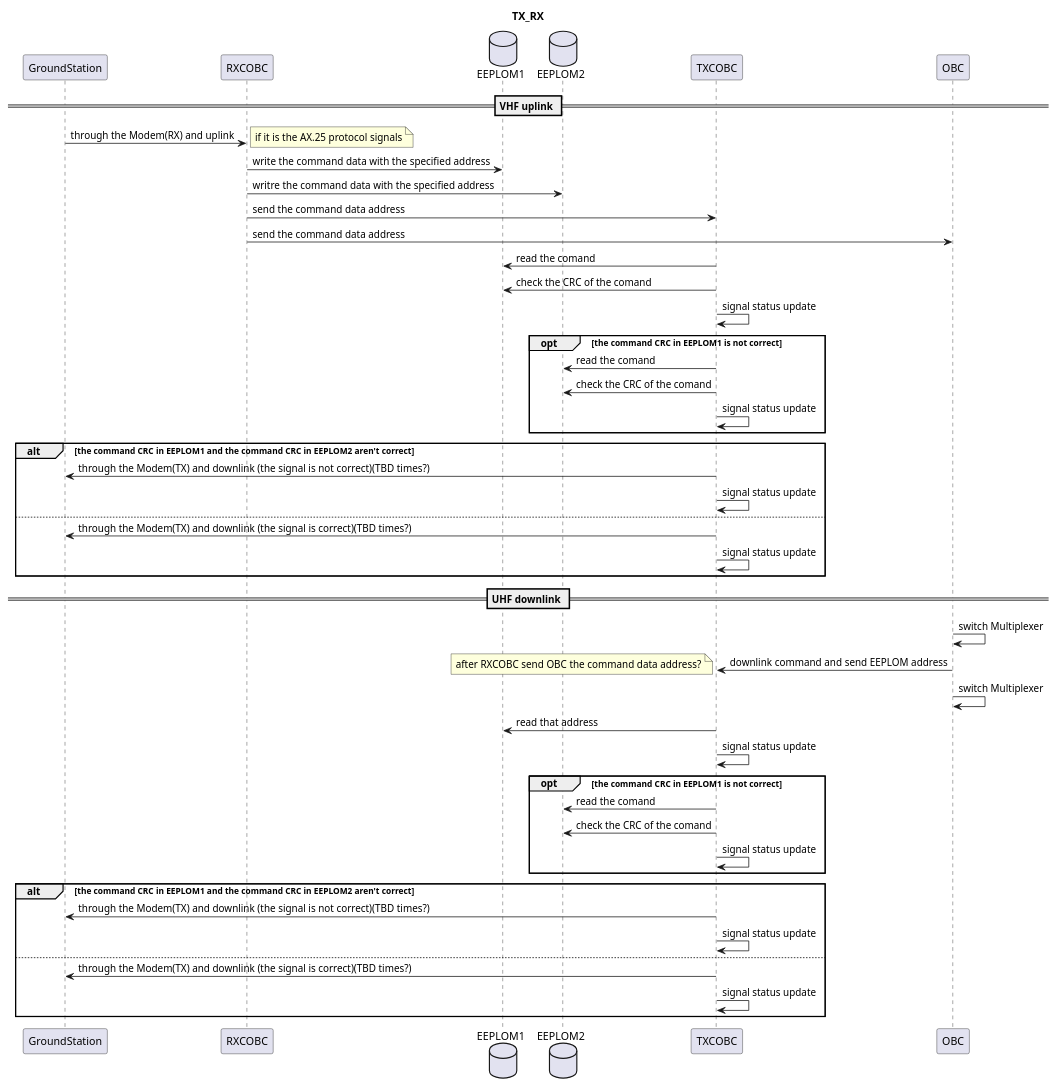
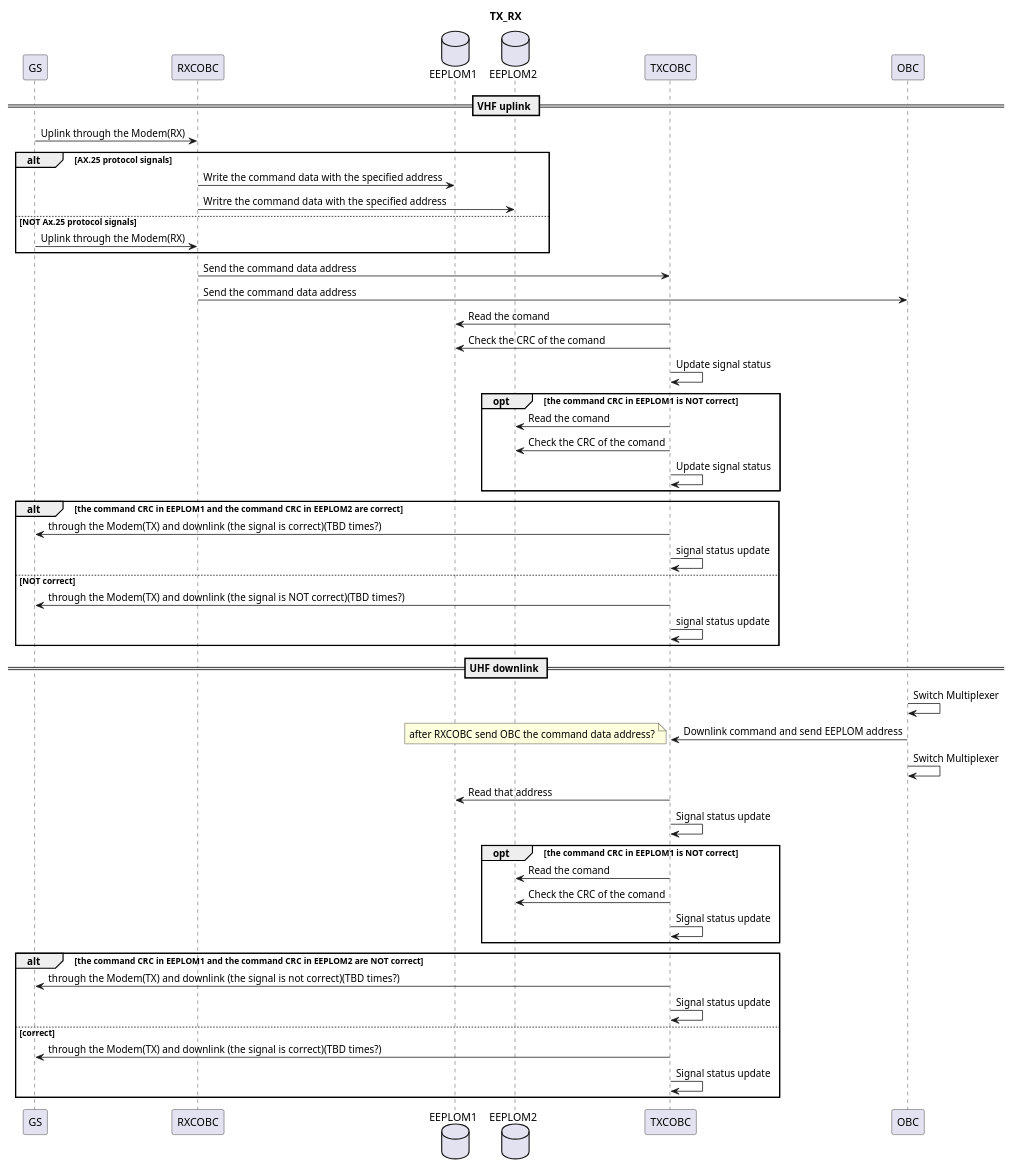
One commit to OrigamiSat1Project/Operation_UML changed the diagram in sequence_map/TX-RX/TX_RX.pu. Above: the diagram before and after it, drawn with PlantUML. The commit also changed 8 other files, not shown here.

```diff
--- a/sequence_map/TX-RX/TX_RX.pu
+++ b/sequence_map/TX-RX/TX_RX.pu
@@ -1,60 +1,65 @@
 @startuml
 title TX_RX
-participant GroundStation
+participant GS
 participant RXCOBC
 database EEPLOM1
 database EEPLOM2
 participant TXCOBC
 participant OBC
 
 == VHF uplink ==
-GroundStation -> RXCOBC: through the Modem(RX) and uplink
-note right: if it is the AX.25 protocol signals
-RXCOBC -> EEPLOM1: write the command data with the specified address
-RXCOBC -> EEPLOM2: writre the command data with the specified address
-RXCOBC -> TXCOBC: send the command data address
-RXCOBC -> OBC: send the command data address
-TXCOBC -> EEPLOM1: read the comand
-TXCOBC -> EEPLOM1: check the CRC of the comand
+GS -> RXCOBC: Uplink through the Modem(RX)
+' note right: if it is the AX.25 protocol signals
+alt AX.25 protocol signals
+RXCOBC -> EEPLOM1: Write the command data with the specified address
+RXCOBC -> EEPLOM2: Writre the command data with the specified address
+else NOT Ax.25 protocol signals
+GS -> RXCOBC: Uplink through the Modem(RX)
+end
+RXCOBC -> TXCOBC: Send the command data address
+RXCOBC -> OBC: Send the command data address
+TXCOBC -> EEPLOM1: Read the comand
+TXCOBC -> EEPLOM1: Check the CRC of the comand
 
-TXCOBC -> TXCOBC: signal status update
+TXCOBC -> TXCOBC: Update signal status
 
- opt the command CRC in EEPLOM1 is not correct
-TXCOBC -> EEPLOM2: read the comand
-TXCOBC -> EEPLOM2: check the CRC of the comand
-TXCOBC -> TXCOBC: signal status update
+ opt the command CRC in EEPLOM1 is NOT correct
+TXCOBC -> EEPLOM2: Read the comand
+TXCOBC -> EEPLOM2: Check the CRC of the comand
+TXCOBC -> TXCOBC: Update signal status
  end
 
-alt the command CRC in EEPLOM1 and the command CRC in EEPLOM2 aren't correct
-TXCOBC -> GroundStation: through the Modem(TX) and downlink (the signal is not correct)(TBD times?)
+alt the command CRC in EEPLOM1 and the command CRC in EEPLOM2 are correct
+TXCOBC -> GS: through the Modem(TX) and downlink (the signal is correct)(TBD times?)
 TXCOBC -> TXCOBC: signal status update
-else
-TXCOBC -> GroundStation: through the Modem(TX) and downlink (the signal is correct)(TBD times?)
+else NOT correct
+TXCOBC -> GS: through the Modem(TX) and downlink (the signal is NOT correct)(TBD times?)
 TXCOBC -> TXCOBC: signal status update
 end
 
 
 
 == UHF downlink ==
 
 
-OBC -> OBC: switch Multiplexer
-OBC -> TXCOBC: downlink command and send EEPLOM address
+OBC -> OBC: Switch Multiplexer
+OBC -> TXCOBC: Downlink command and send EEPLOM address
 note left: after RXCOBC send OBC the command data address?
-OBC -> OBC: switch Multiplexer
-TXCOBC -> EEPLOM1: read that address
-TXCOBC -> TXCOBC: signal status update
-opt the command CRC in EEPLOM1 is not correct
-TXCOBC -> EEPLOM2: read the comand
-TXCOBC -> EEPLOM2: check the CRC of the comand
-TXCOBC -> TXCOBC: signal status update
+OBC -> OBC: Switch Multiplexer
+TXCOBC -> EEPLOM1: Read that address
+TXCOBC -> TXCOBC: Signal status update
+opt the command CRC in EEPLOM1 is NOT correct
+TXCOBC -> EEPLOM2: Read the comand
+TXCOBC -> EEPLOM2: Check the CRC of the comand
+TXCOBC -> TXCOBC: Signal status update
  end
 
-alt the command CRC in EEPLOM1 and the command CRC in EEPLOM2 aren't correct
-TXCOBC -> GroundStation: through the Modem(TX) and downlink (the signal is not correct)(TBD times?)
-TXCOBC -> TXCOBC: signal status update
-else
-TXCOBC -> GroundStation: through the Modem(TX) and downlink (the signal is correct)(TBD times?)
-TXCOBC -> TXCOBC: signal status update
+alt the command CRC in EEPLOM1 and the command CRC in EEPLOM2 are NOT correct
+TXCOBC -> GS: through the Modem(TX) and downlink (the signal is not correct)(TBD times?)
+TXCOBC -> TXCOBC: Signal status update
+else correct
+TXCOBC -> GS: through the Modem(TX) and downlink (the signal is correct)(TBD times?)
+TXCOBC -> TXCOBC: Signal status update
 end
+
 @enduml
```
